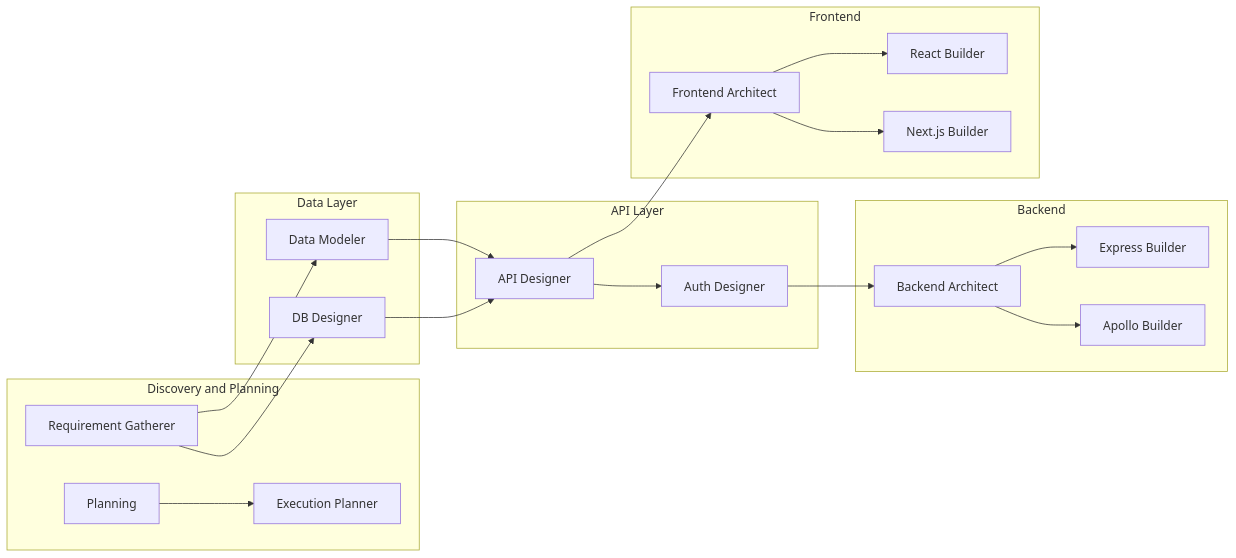
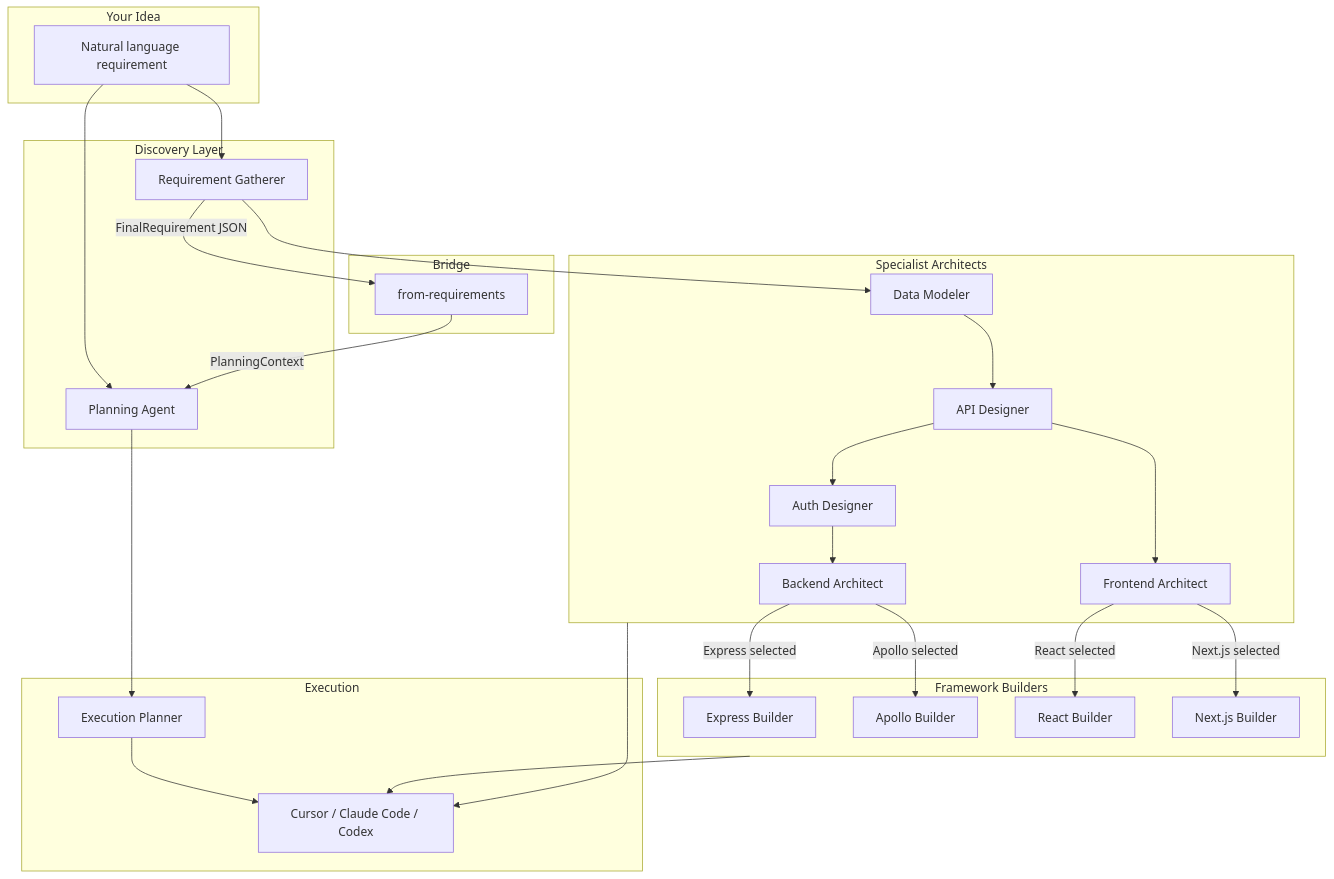
One commit to sijeeshmiziha/sweagent changed the first of 4 diagrams in README.md. Above: the diagram before and after it, drawn with Mermaid. The commit also changed other lines of this file, not shown here.

````diff
--- a/README.md
+++ b/README.md
@@ -221,43 +76,53 @@
 ```mermaid
-flowchart LR
-  subgraph discovery [Discovery and Planning]
-    Planning["Planning"]
-    ReqGatherer["Requirement Gatherer"]
-    ExecPlanner["Execution Planner"]
+flowchart TB
+  subgraph input [Your Idea]
+    Idea["Natural language requirement"]
   end
 
-  subgraph data [Data Layer]
-    DataModeler["Data Modeler"]
-    DbDesigner["DB Designer"]
+  subgraph discovery [Discovery Layer]
+    ReqGatherer["Requirement Gatherer"]
+    Planning["Planning Agent"]
   end
 
-  subgraph api [API Layer]
+  subgraph bridge [Bridge]
+    FromReqs["from-requirements"]
+  end
+
+  subgraph specialists [Specialist Architects]
+    DataModeler["Data Modeler"]
     ApiDesigner["API Designer"]
     AuthDesigner["Auth Designer"]
+    BackendArch["Backend Architect"]
+    FrontendArch["Frontend Architect"]
   end
 
-  subgraph backend [Backend]
-    BackendArch["Backend Architect"]
+  subgraph builders [Framework Builders]
     ExpressBuilder["Express Builder"]
     ApolloBuilder["Apollo Builder"]
-  end
-
-  subgraph frontend [Frontend]
-    FrontendArch["Frontend Architect"]
     ReactBuilder["React Builder"]
     NextjsBuilder["Next.js Builder"]
   end
 
+  subgraph execution [Execution]
+    ExecPlanner["Execution Planner"]
+    CodingAgent["Cursor / Claude Code / Codex"]
+  end
+
+  Idea --> ReqGatherer
+  Idea --> Planning
+  ReqGatherer -->|"FinalRequirement JSON"| FromReqs
+  FromReqs -->|"PlanningContext"| Planning
   ReqGatherer --> DataModeler
-  ReqGatherer --> DbDesigner
   DataModeler --> ApiDesigner
-  DbDesigner --> ApiDesigner
   ApiDesigner --> AuthDesigner
   AuthDesigner --> BackendArch
-  BackendArch --> ExpressBuilder
-  BackendArch --> ApolloBuilder
   ApiDesigner --> FrontendArch
-  FrontendArch --> ReactBuilder
-  FrontendArch --> NextjsBuilder
+  BackendArch -->|"Express selected"| ExpressBuilder
+  BackendArch -->|"Apollo selected"| ApolloBuilder
+  FrontendArch -->|"React selected"| ReactBuilder
+  FrontendArch -->|"Next.js selected"| NextjsBuilder
   Planning --> ExecPlanner
+  ExecPlanner --> CodingAgent
+  builders --> CodingAgent
+  specialists --> CodingAgent
 ```
````
